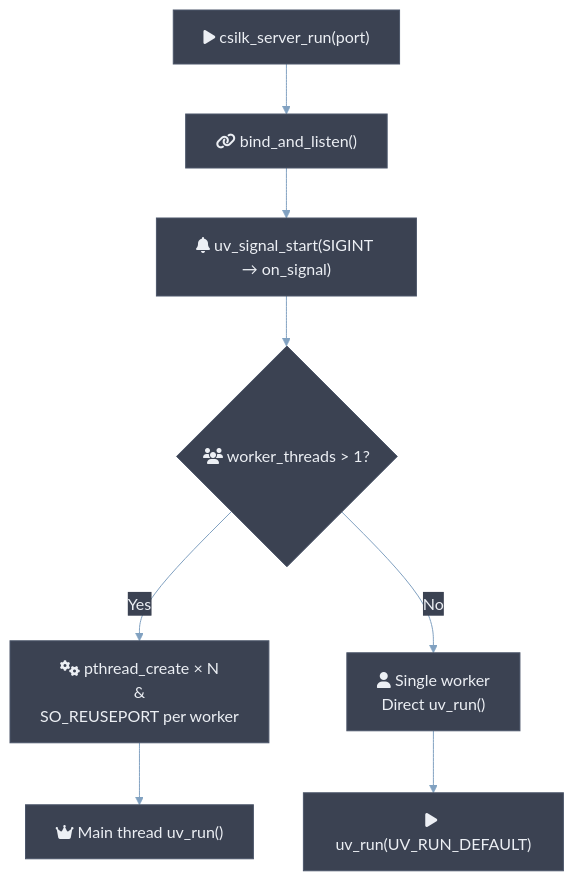
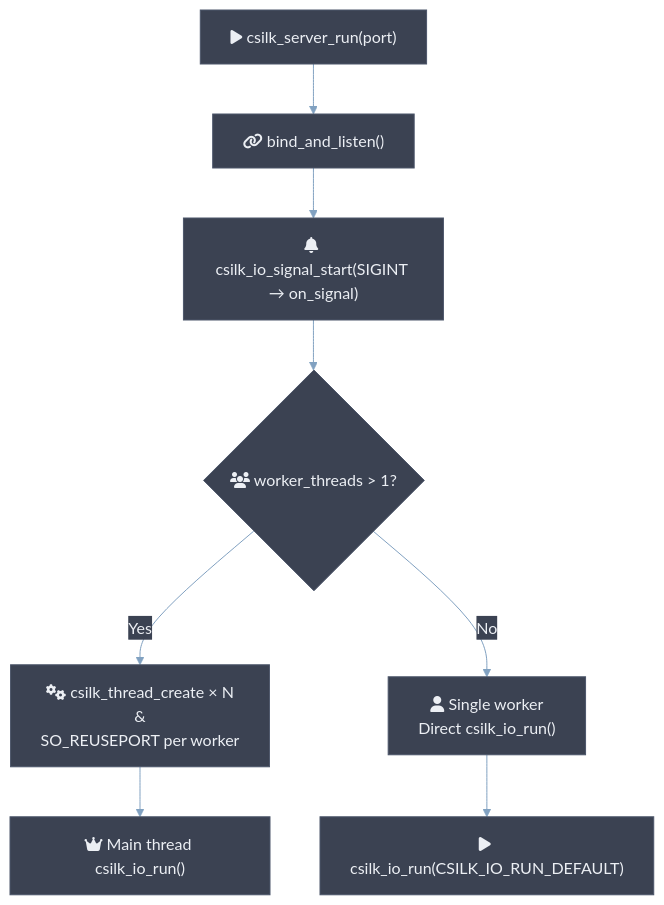
Before and after one commit to quintin-lee/csilk: the third of 9 diagrams in docs/module-design/server.md, drawn with Mermaid. The commit also changed other lines of this file and 9 other files, not shown here.

````diff
--- a/docs/module-design/server.md
+++ b/docs/module-design/server.md
@@ -137,34 +136,34 @@
 ```mermaid
 %%{init: {
   'theme': 'base',
   'themeVariables': {
     'background': '#2E3440',
     'primaryColor': '#81A1C1',
     'primaryBorderColor': '#4C566A',
     'primaryTextColor': '#ECEFF4',
     'secondaryColor': '#3B4252',
     'secondaryBorderColor': '#434C5E',
     'secondaryTextColor': '#D8DEE9',
     'lineColor': '#81A1C1',
     'textColor': '#ECEFF4',
     'mainBkg': '#3B4252',
     'nodeBorder': '#4C566A',
     'clusterBkg': '#2E3440',
     'clusterBorder': '#4C566A',
     'titleColor': '#ECEFF4',
     'edgeLabelBackground': '#3B4252',
     'nodeTextColor': '#ECEFF4'
   },
   'flowchart': {'htmlLabels': true, 'curve': 'basis'}
 }}%%
 flowchart TB
     RUN["fa:fa-play csilk_server_run(port)"] --> BIND["fa:fa-link bind_and_listen()"]
-    BIND --> SIGNAL["fa:fa-bell uv_signal_start(SIGINT → on_signal)"]
+    BIND --> SIGNAL["fa:fa-bell csilk_io_signal_start(SIGINT → on_signal)"]
     SIGNAL --> WORKERS{"fa:fa-users worker_threads > 1?"}
 
-    WORKERS -->|Yes| SPAWN["fa:fa-cogs pthread_create × N<br/>&#10;SO_REUSEPORT per worker"]
-    WORKERS -->|No| SINGLE["fa:fa-user Single worker<br/>Direct uv_run()"]
+    WORKERS -->|Yes| SPAWN["fa:fa-cogs csilk_thread_create × N<br/>&#10;SO_REUSEPORT per worker"]
+    WORKERS -->|No| SINGLE["fa:fa-user Single worker<br/>Direct csilk_io_run()"]
 
-    SPAWN --> MAIN["fa:fa-crown Main thread uv_run()"]
-    SINGLE --> RUNLOOP["fa:fa-play uv_run(UV_RUN_DEFAULT)"]
+    SPAWN --> MAIN["fa:fa-crown Main thread csilk_io_run()"]
+    SINGLE --> RUNLOOP["fa:fa-play csilk_io_run(CSILK_IO_RUN_DEFAULT)"]
 ```
````
